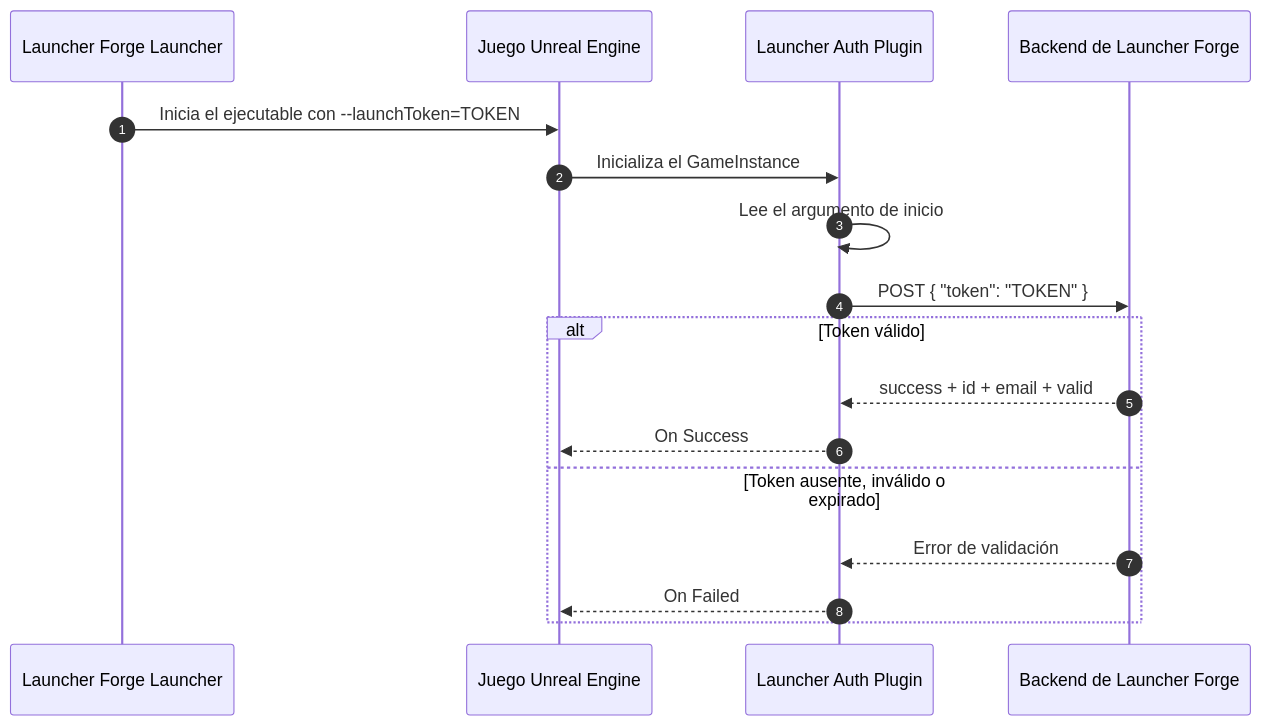
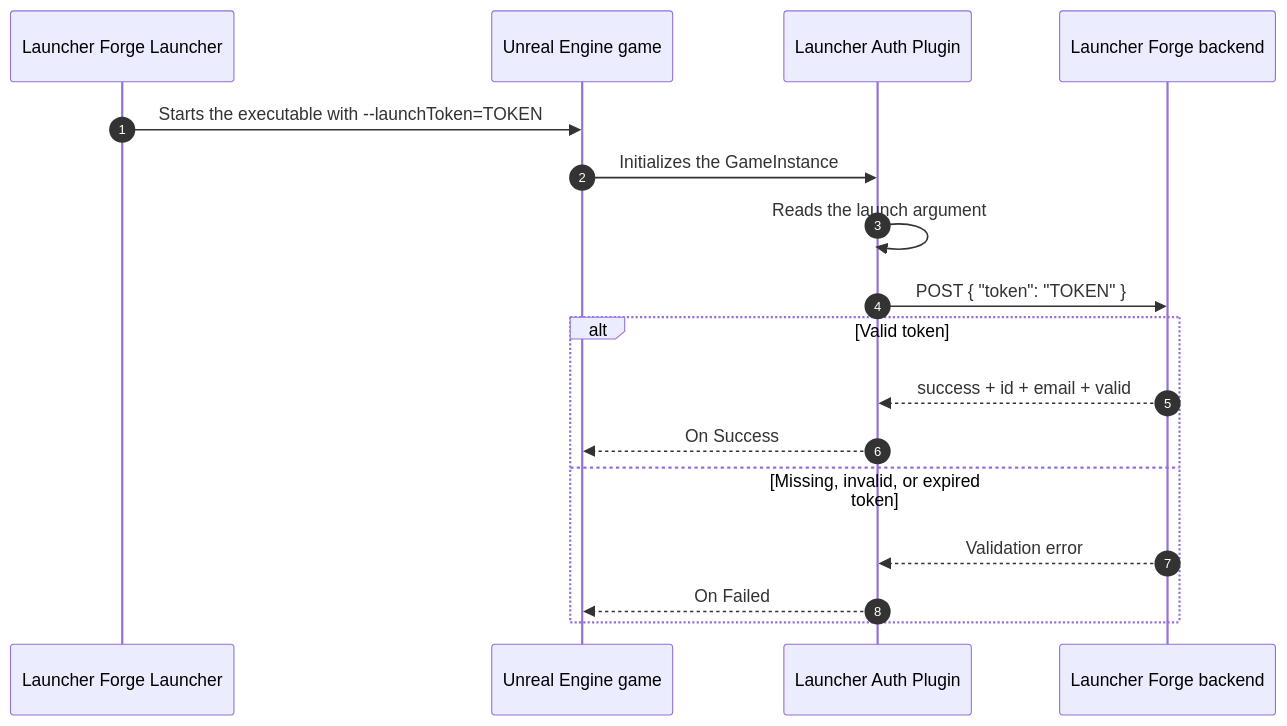
One commit to cribertt/LauncherDocs changed the first of 2 diagrams in en/engine-integrations/unreal-engine.mdx. Above: the diagram before and after it, drawn with Mermaid. The commit also changed other lines of this file and 1 other file, not shown here.

````diff
--- a/en/engine-integrations/unreal-engine.mdx
+++ b/en/engine-integrations/unreal-engine.mdx
@@ -36,21 +36,21 @@
 ```mermaid
 sequenceDiagram
     autonumber
     participant L as Launcher Forge Launcher
-    participant G as Juego Unreal Engine
+    participant G as Unreal Engine game
     participant P as Launcher Auth Plugin
-    participant B as Backend de Launcher Forge
+    participant B as Launcher Forge backend
 
-    L->>G: Inicia el ejecutable con --launchToken=TOKEN
-    G->>P: Inicializa el GameInstance
-    P->>P: Lee el argumento de inicio
+    L->>G: Starts the executable with --launchToken=TOKEN
+    G->>P: Initializes the GameInstance
+    P->>P: Reads the launch argument
     P->>B: POST { "token": "TOKEN" }
 
-    alt Token válido
+    alt Valid token
         B-->>P: success + id + email + valid
         P-->>G: On Success
-    else Token ausente, inválido o expirado
-        B-->>P: Error de validación
+    else Missing, invalid, or expired token
+        B-->>P: Validation error
         P-->>G: On Failed
     end
 ```
````
